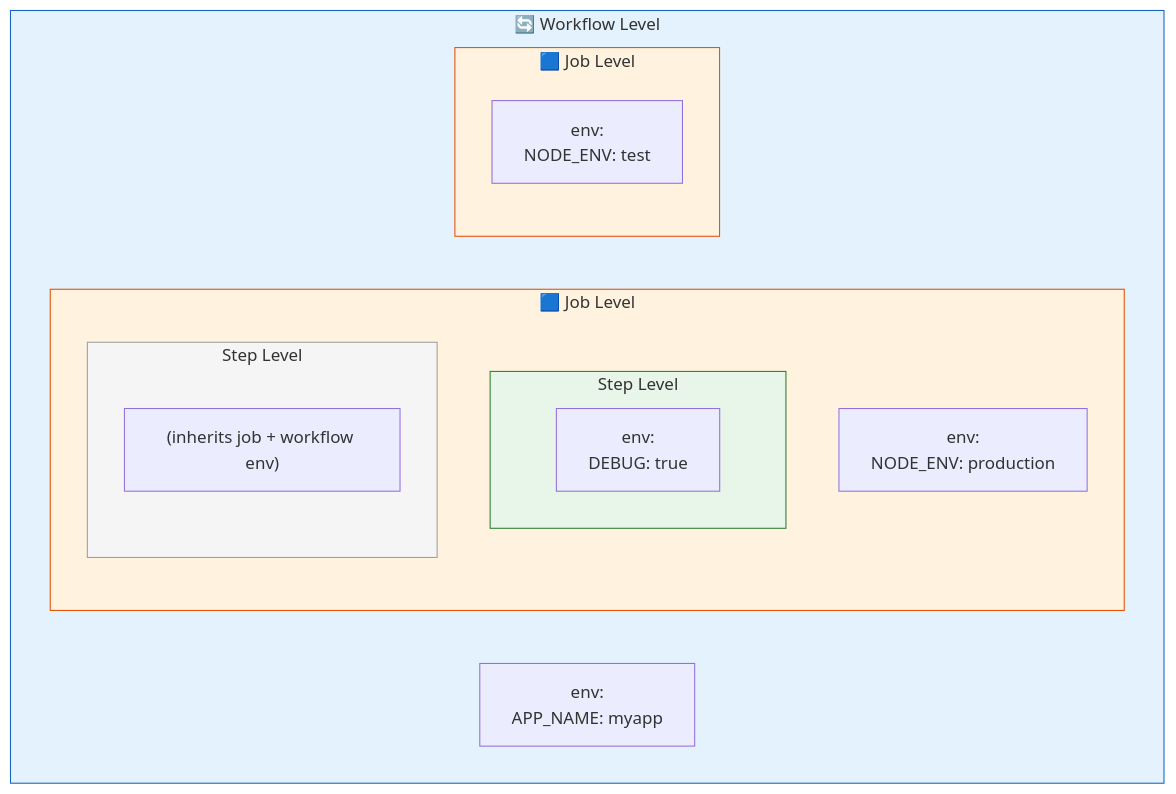
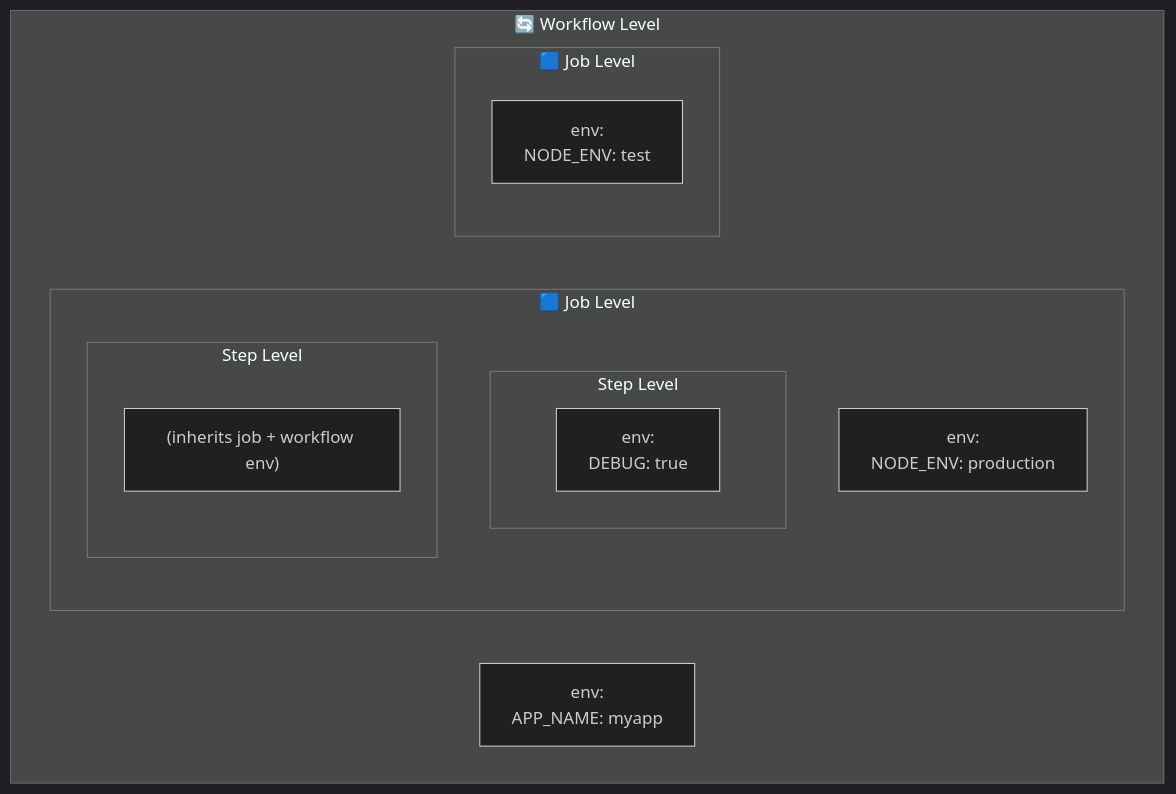
One commit to vishutyagi0210/github-ci-cd-with-labs changed the diagram in 05-environment-variables/README.md. Above: the diagram before and after it, drawn with Mermaid. The commit also changed 13 other files, not shown here.

Commit message:
fix: switch all mermaid diagrams to dark theme for better readability

````diff
--- a/05-environment-variables/README.md
+++ b/05-environment-variables/README.md
@@ -9,27 +9,23 @@
 ```mermaid
+%%{init: {"theme": "dark"}}%%
 graph TD
     subgraph WF["🔄 Workflow Level"]
         WF_ENV["env:<br/>APP_NAME: myapp"]
 
         subgraph J1["🟦 Job Level"]
             J1_ENV["env:<br/>NODE_ENV: production"]
 
             subgraph S1["Step Level"]
                 S1_ENV["env:<br/>DEBUG: true"]
             end
             subgraph S2["Step Level"]
                 S2_ENV["(inherits job + workflow env)"]
             end
         end
 
         subgraph J2["🟦 Job Level"]
             J2_ENV["env:<br/>NODE_ENV: test"]
         end
     end
 
-    style WF fill:#e3f2fd,stroke:#1565c0
-    style J1 fill:#fff3e0,stroke:#e65100
-    style J2 fill:#fff3e0,stroke:#e65100
-    style S1 fill:#e8f5e9,stroke:#2e7d32
-    style S2 fill:#f5f5f5,stroke:#9e9e9e
 ```
````
